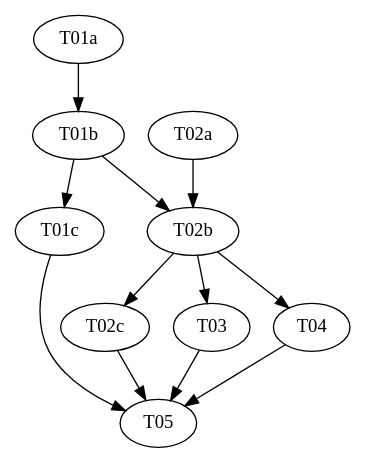
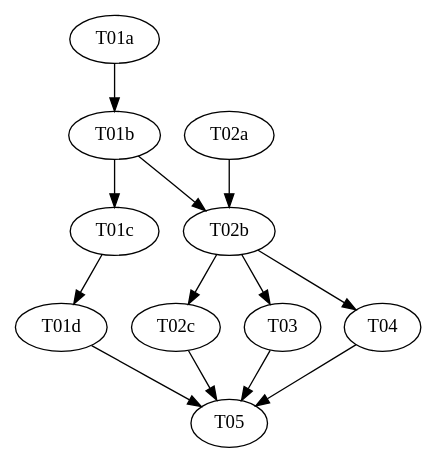
Before and after one commit to VanillaFairy/reasonable: the diagram in docs/superpowers/plans/2026-07-08-reasonable-3.0-p2-contract-grammar-v3/plan.md, drawn with Graphviz. The commit also changed other lines of this file and 1 other file, not shown here.

````diff
--- a/docs/superpowers/plans/2026-07-08-reasonable-3.0-p2-contract-grammar-v3/plan.md
+++ b/docs/superpowers/plans/2026-07-08-reasonable-3.0-p2-contract-grammar-v3/plan.md
@@ -81,11 +82,11 @@
 ```dot
 digraph deps {
-    T01a -> T01b -> T01c;
+    T01a -> T01b -> T01c -> T01d;
     T02a -> T02b;
     T01b -> T02b;
     T02b -> T02c;
     T02b -> T03;
     T02b -> T04;
-    T01c -> T05; T02c -> T05; T03 -> T05; T04 -> T05;
+    T01d -> T05; T02c -> T05; T03 -> T05; T04 -> T05;
 }
 ```
````
